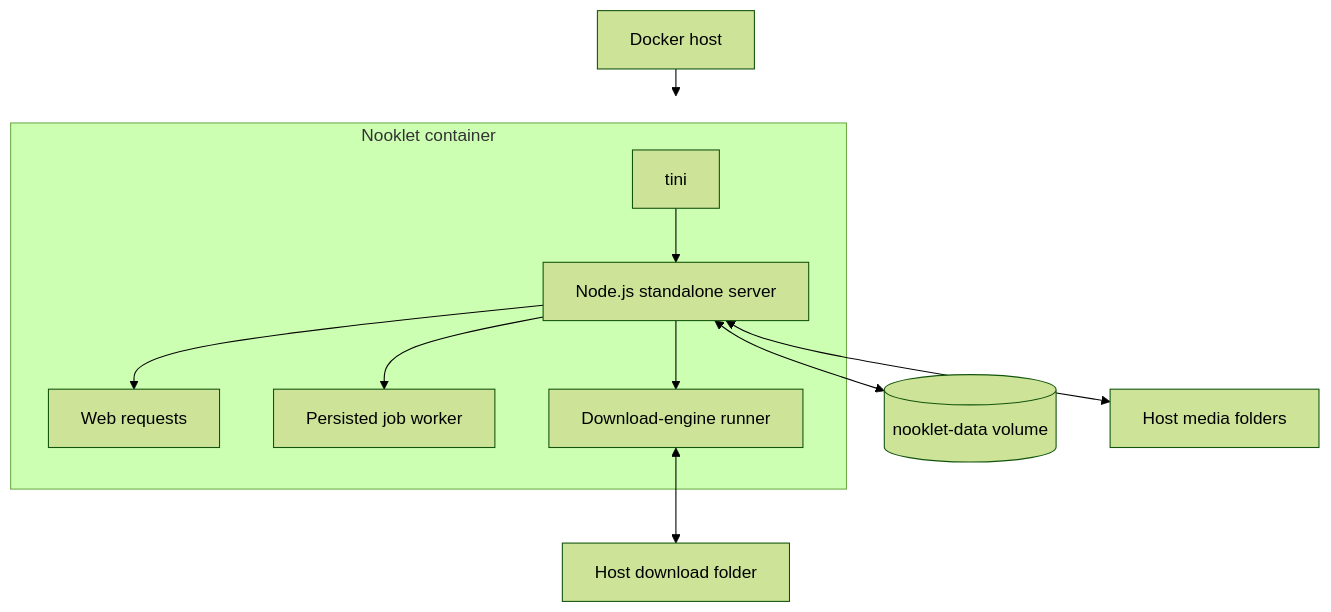
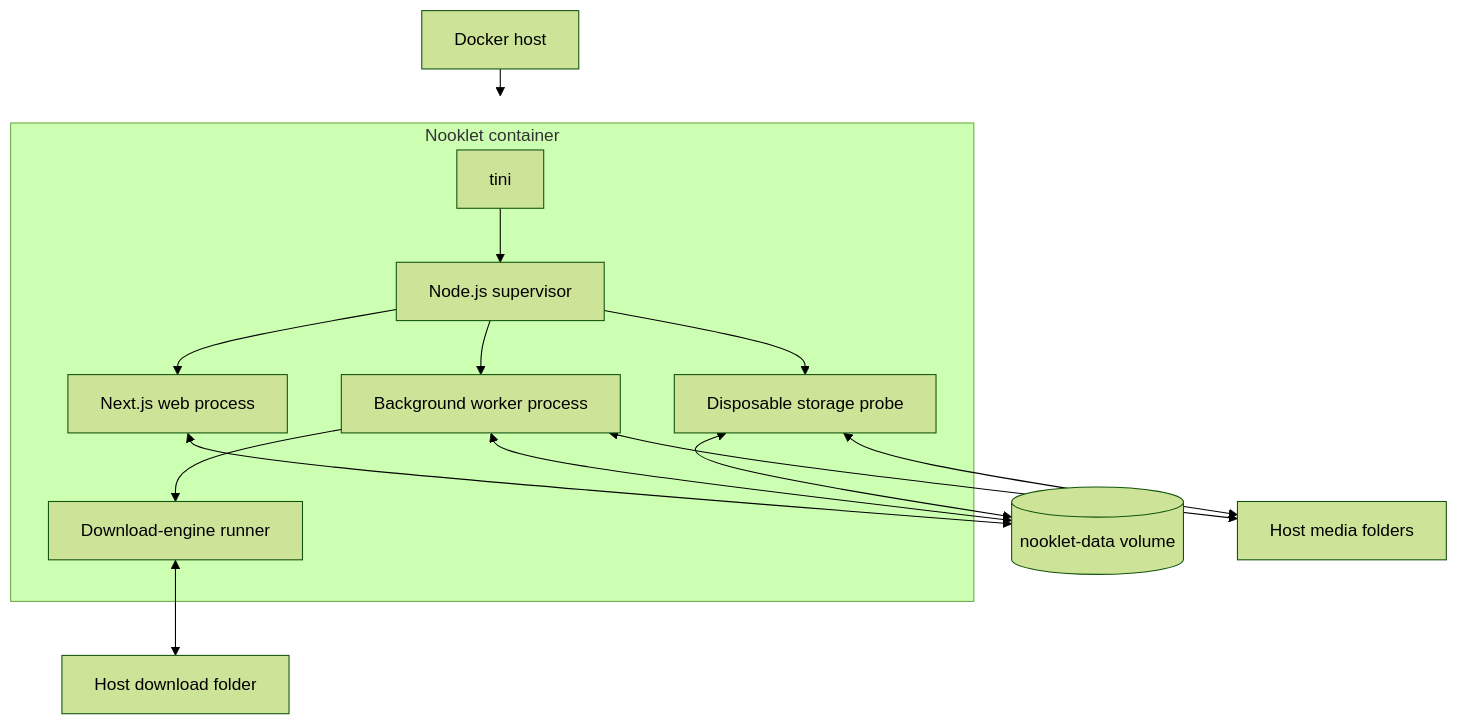
One commit to TannerMidd/Nooklet changed the fifth of 5 diagrams in docs/wiki/Architecture.md. Above: the diagram before and after it, drawn with Mermaid (forest theme). The commit also changed other lines of this file and 105 other files, not shown here.

````diff
--- a/docs/wiki/Architecture.md
+++ b/docs/wiki/Architecture.md
@@ -158,18 +163,22 @@
 ```mermaid
 flowchart TB
   Host["Docker host"]
   subgraph Container["Nooklet container"]
-    Tini["tini"] --> Node["Node.js standalone server"]
-    Node --> Web["Web requests"]
-    Node --> Jobs["Persisted job worker"]
-    Node --> Engine["Download-engine runner"]
+    Tini["tini"] --> Supervisor["Node.js supervisor"]
+    Supervisor --> Web["Next.js web process"]
+    Supervisor --> Jobs["Background worker process"]
+    Supervisor --> Probe["Disposable storage probe"]
+    Jobs --> Engine["Download-engine runner"]
   end
   Volume[("nooklet-data volume")]
   DownloadMount["Host download folder"]
   MediaMount["Host media folders"]
 
   Host --> Container
-  Node <--> Volume
+  Web <--> Volume
+  Jobs <--> Volume
+  Probe <--> Volume
   Engine <--> DownloadMount
-  Node <--> MediaMount
+  Jobs <--> MediaMount
+  Probe <--> MediaMount
 ```
````
